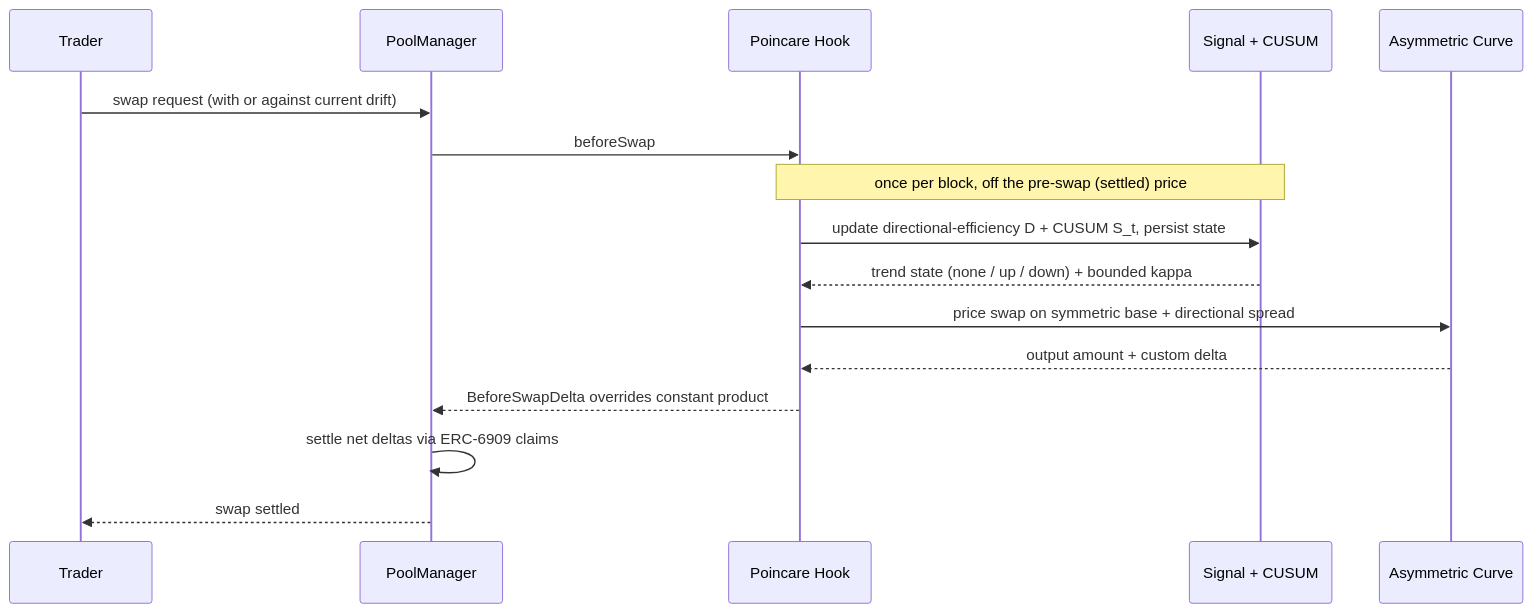
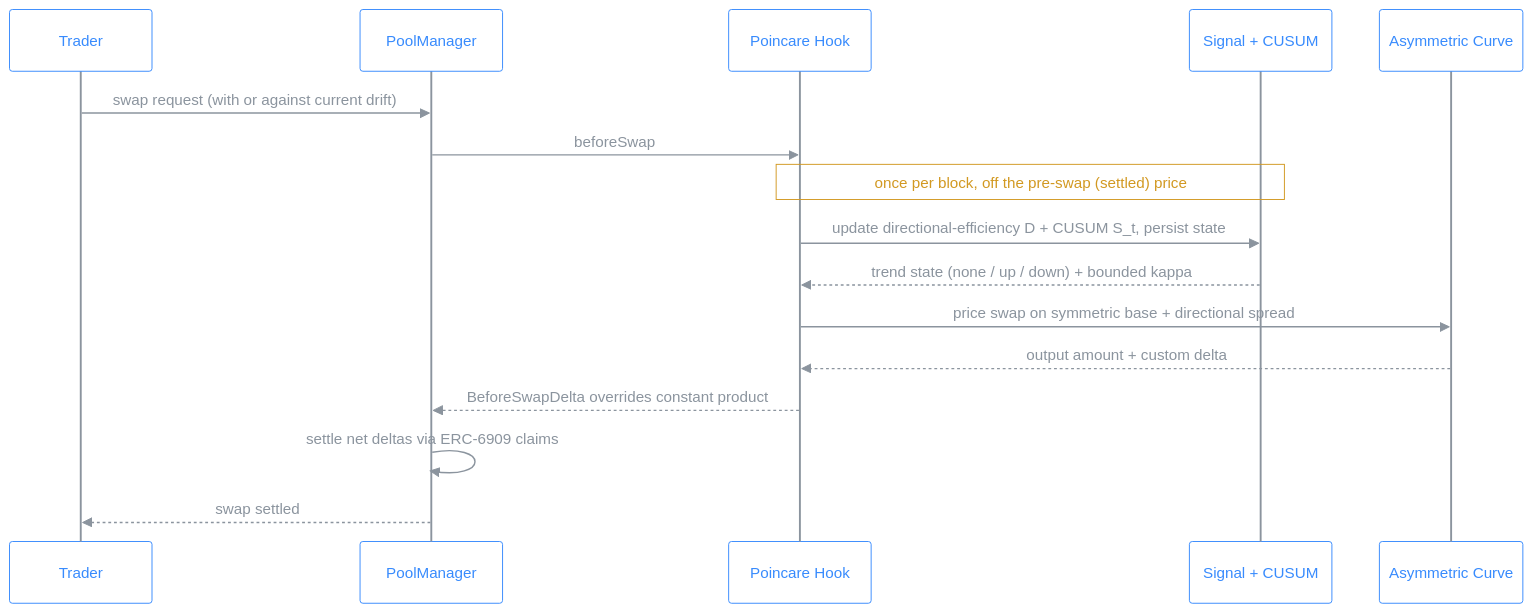
The third of 5 diagrams in README.md (Prakhar-30/POINCARE), drawn with Mermaid before and after one commit. The commit also changed other lines of this file, not shown here.

Commit message:
updated the graph stylings next task is frontend

````diff
--- a/README.md
+++ b/README.md
@@ -136,19 +160,20 @@
 ```mermaid
+%%{init: {'theme':'base','themeVariables':{'fontFamily':'ui-monospace, monospace','actorBkg':'transparent','actorBorder':'#388bfd','actorTextColor':'#388bfd','actorLineColor':'#8b949e','signalColor':'#8b949e','signalTextColor':'#8b949e','noteBkgColor':'transparent','noteBorderColor':'#d29922','noteTextColor':'#d29922','activationBkgColor':'transparent','activationBorderColor':'#8b949e','sequenceNumberColor':'#0d1117'}}}%%
 sequenceDiagram
     participant T as Trader
     participant PM as PoolManager
     participant H as Poincare Hook
     participant E as Signal + CUSUM
     participant I as Asymmetric Curve
 
     T->>PM: swap request (with or against current drift)
     PM->>H: beforeSwap
     Note over H,E: once per block, off the pre-swap (settled) price
     H->>E: update directional-efficiency D + CUSUM S_t, persist state
     E-->>H: trend state (none / up / down) + bounded kappa
     H->>I: price swap on symmetric base + directional spread
     I-->>H: output amount + custom delta
     H-->>PM: BeforeSwapDelta overrides constant product
     PM->>PM: settle net deltas via ERC-6909 claims
     PM-->>T: swap settled
 ```
````
